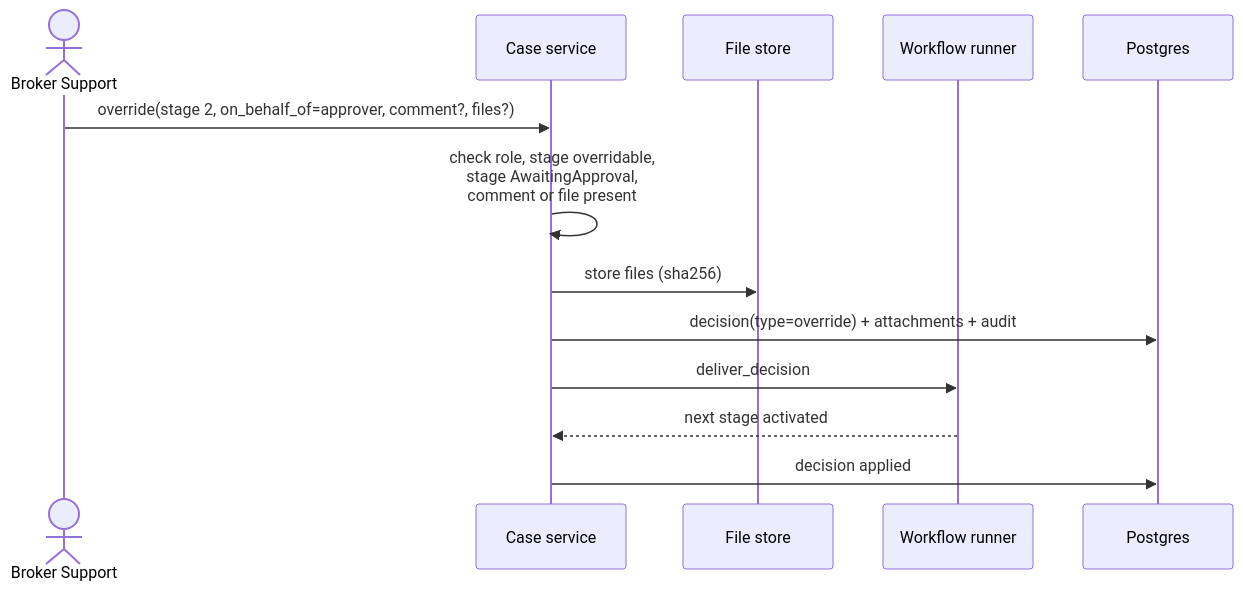
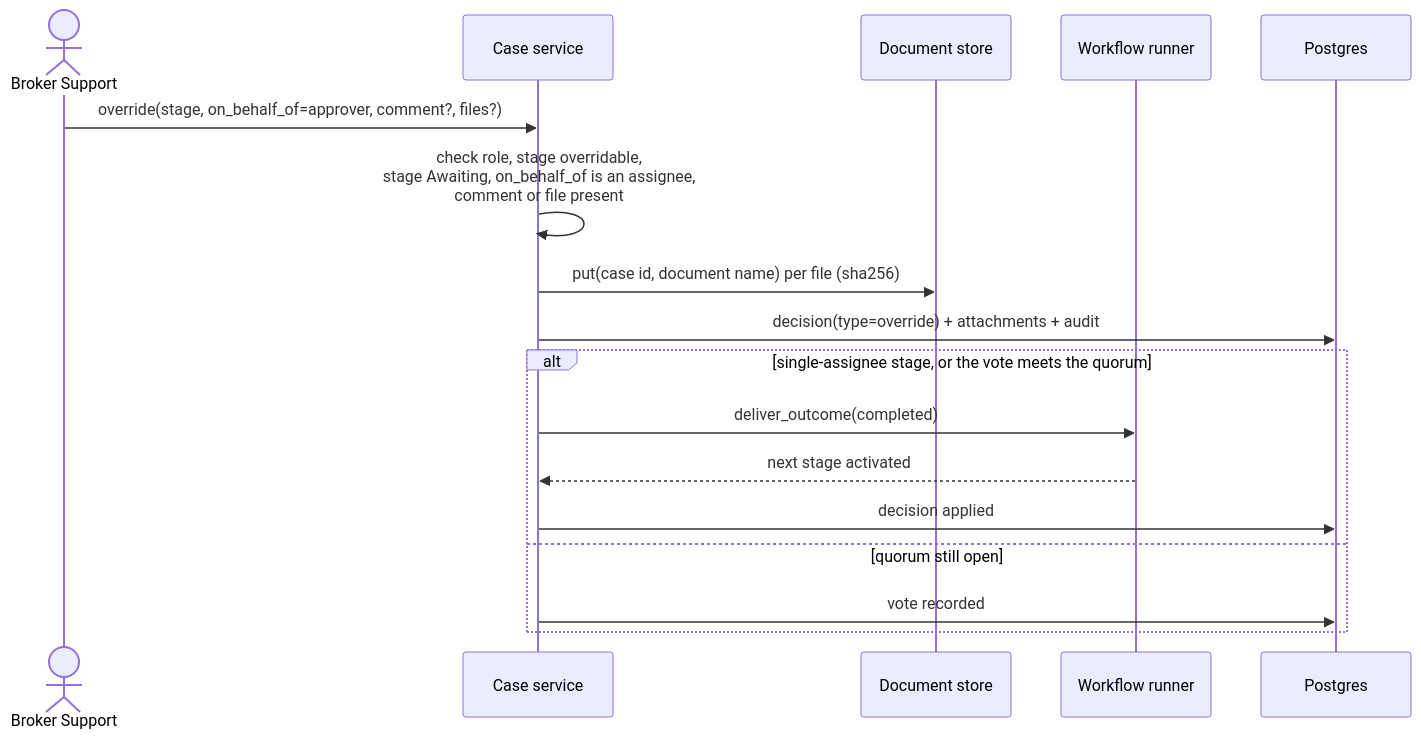
Before and after one commit to c42-arun/python-agentframework-demos: the eighth of 10 diagrams in poc/ARCHITECTURE.md, drawn with Mermaid. The commit also changed other lines of this file and 2 other files, not shown here.

````diff
--- a/poc/ARCHITECTURE.md
+++ b/poc/ARCHITECTURE.md
@@ -444,16 +748,20 @@
 ```mermaid
 sequenceDiagram
     actor BS as Broker Support
     participant SVC as Case service
-    participant FS as File store
+    participant FS as Document store
     participant RUN as Workflow runner
     participant DB as Postgres
 
-    BS->>SVC: override(stage 2, on_behalf_of=approver, comment?, files?)
-    SVC->>SVC: check role, stage overridable,<br/>stage AwaitingApproval,<br/>comment or file present
-    SVC->>FS: store files (sha256)
+    BS->>SVC: override(stage, on_behalf_of=approver, comment?, files?)
+    SVC->>SVC: check role, stage overridable,<br/>stage Awaiting, on_behalf_of is an assignee,<br/>comment or file present
+    SVC->>FS: put(case id, document name) per file (sha256)
     SVC->>DB: decision(type=override) + attachments + audit
-    SVC->>RUN: deliver_decision
-    RUN-->>SVC: next stage activated
-    SVC->>DB: decision applied
+    alt single-assignee stage, or the vote meets the quorum
+        SVC->>RUN: deliver_outcome(completed)
+        RUN-->>SVC: next stage activated
+        SVC->>DB: decision applied
+    else quorum still open
+        SVC->>DB: vote recorded
+    end
 ```
````
